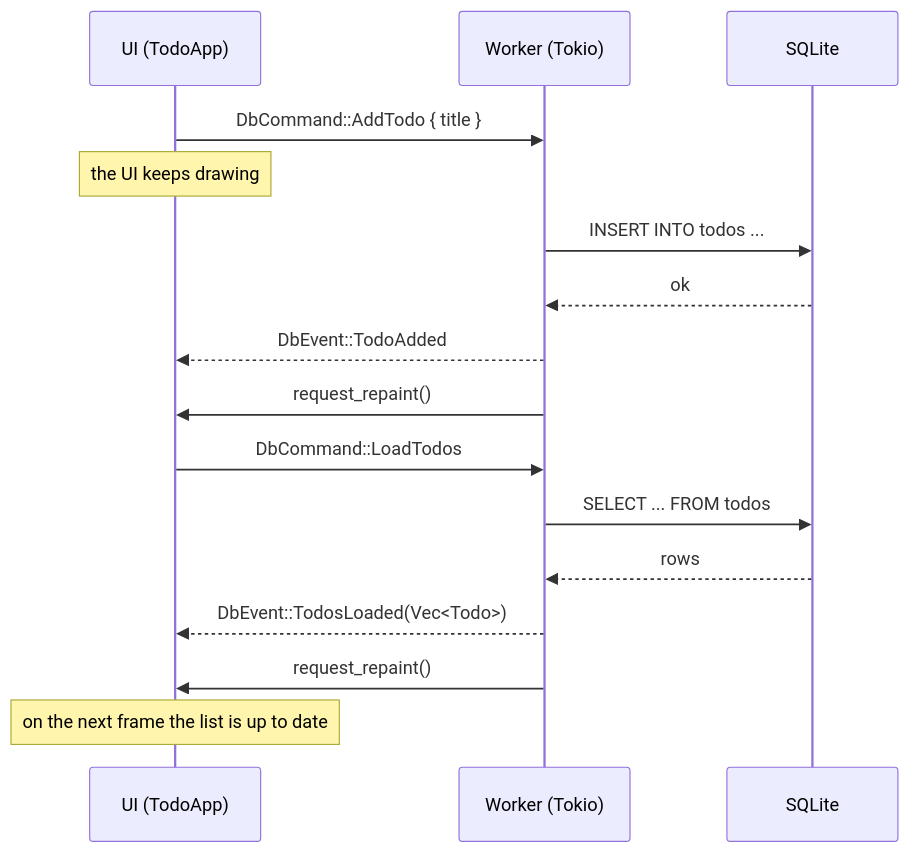
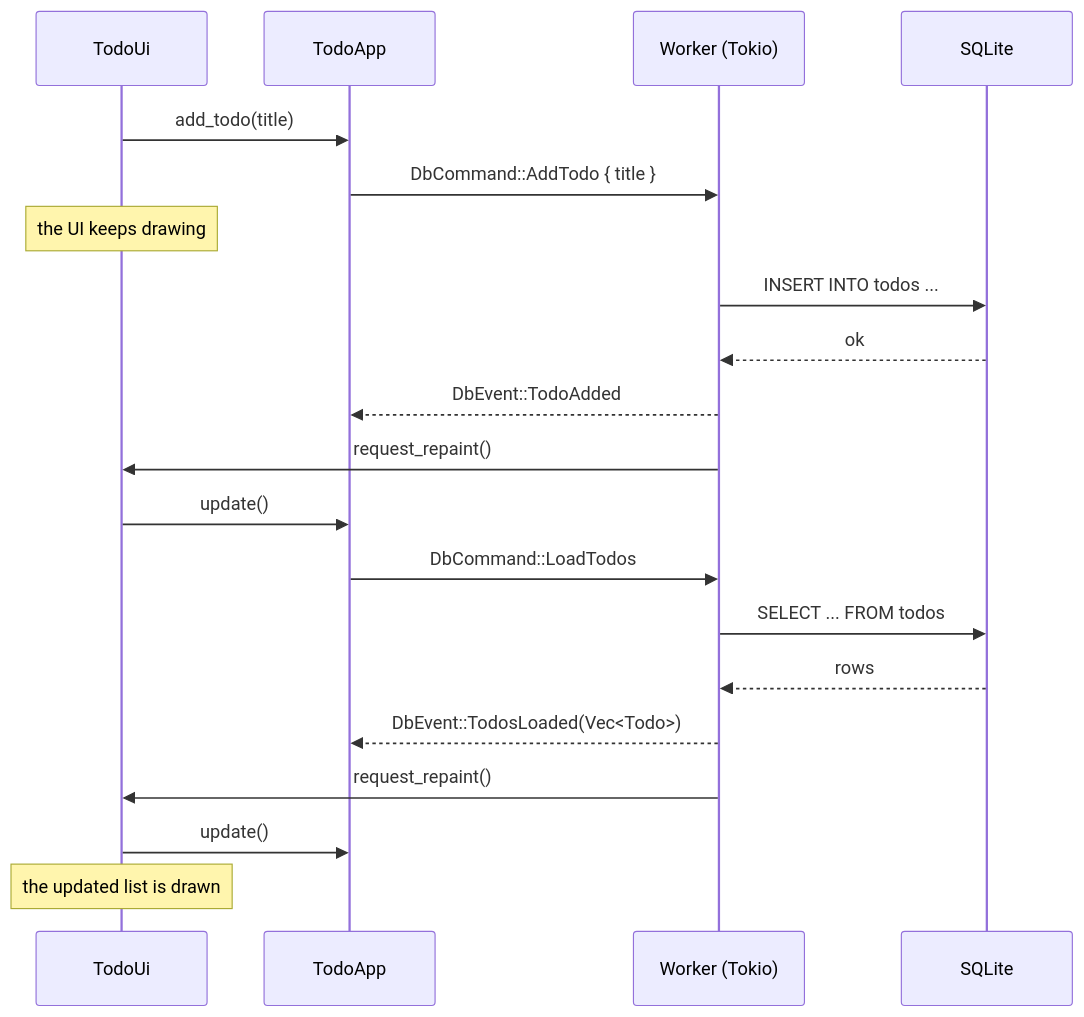
The fourth of 4 diagrams in README.md (marc0x71/esempio-egui-sqlx), drawn with Mermaid before and after one commit. The commit also changed other lines of this file, not shown here.

Commit message:
docs(readme): update architecture to the layered design and add testing section

````diff
--- a/README.md
+++ b/README.md
@@ -198,19 +255,23 @@
 ```mermaid
 sequenceDiagram
-    participant U as UI (TodoApp)
+    participant UI as TodoUi
+    participant A as TodoApp
     participant W as Worker (Tokio)
     participant DB as SQLite
 
-    U->>W: DbCommand::AddTodo { title }
-    Note over U: the UI keeps drawing
+    UI->>A: add_todo(title)
+    A->>W: DbCommand::AddTodo { title }
+    Note over UI: the UI keeps drawing
     W->>DB: INSERT INTO todos ...
     DB-->>W: ok
-    W-->>U: DbEvent::TodoAdded
-    W->>U: request_repaint()
-    U->>W: DbCommand::LoadTodos
+    W-->>A: DbEvent::TodoAdded
+    W->>UI: request_repaint()
+    UI->>A: update()
+    A->>W: DbCommand::LoadTodos
     W->>DB: SELECT ... FROM todos
     DB-->>W: rows
-    W-->>U: DbEvent::TodosLoaded(Vec<Todo>)
-    W->>U: request_repaint()
-    Note over U: on the next frame the list is up to date
+    W-->>A: DbEvent::TodosLoaded(Vec<Todo>)
+    W->>UI: request_repaint()
+    UI->>A: update()
+    Note over UI: the updated list is drawn
 ```
````
